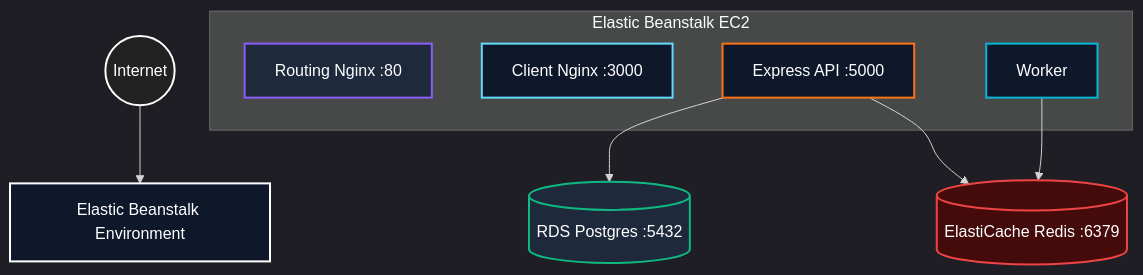
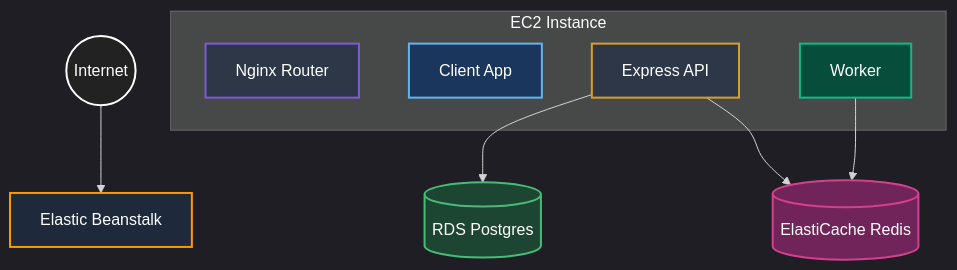
One commit to vikas9dev/multi-container-compute-hub changed the second of 3 diagrams in ARCHITECTURE.md. Above: the diagram before and after it, drawn with Mermaid. The commit also changed other lines of this file and 1 other file, not shown here.

````diff
--- a/ARCHITECTURE.md
+++ b/ARCHITECTURE.md
@@ -65,25 +49,23 @@
 ```mermaid
-%%{init: {'theme': 'dark'}}%%
+%%{init: {'theme': 'dark', 'themeVariables': { 'primaryColor': '#FF9900'}}}%%
 graph TD
-    Internet((Internet)) --> EB[Elastic Beanstalk Environment]
-
-    subgraph EB_EC2[Elastic Beanstalk EC2]
-      RN[Routing Nginx :80]
-      CN[Client Nginx :3000]
-      API[Express API :5000]
-      W[Worker]
+    Internet((Internet)) --> EB[Elastic Beanstalk]
+    subgraph EC2[EC2 Instance]
+      RN[Nginx Router]
+      CN[Client App]
+      SRV[Express API]
+      WRK[Worker]
     end
-
-    API --> RDS[(RDS Postgres :5432)]
-    API --> EC[(ElastiCache Redis :6379)]
-    W --> EC
+    SRV --> RDS[(RDS Postgres)]
+    SRV --> EC[(ElastiCache Redis)]
+    WRK --> EC
 
     style Internet fill:#222,stroke:#fff,stroke-width:2px,color:#fff
-    style EB fill:#0f172a,stroke:#fff,stroke-width:2px,color:#fff
-    style RN fill:#1e293b,stroke:#8b5cf6,stroke-width:2px,color:#fff
-    style CN fill:#0f172a,stroke:#61dafb,stroke-width:2px,color:#fff
-    style API fill:#0f172a,stroke:#f97316,stroke-width:2px,color:#fff
-    style W fill:#0f172a,stroke:#06b6d4,stroke-width:2px,color:#fff
-    style RDS fill:#1e293b,stroke:#10b981,stroke-width:2px,color:#fff
-    style EC fill:#450a0a,stroke:#ef4444,stroke-width:2px,color:#fff
+    style EB fill:#1e293b,stroke:#FF9900,stroke-width:2px,color:#fff
+    style RN fill:#2d3748,stroke:#805ad5,stroke-width:2px,color:#fff
+    style CN fill:#1a365d,stroke:#63b3ed,stroke-width:2px,color:#fff
+    style SRV fill:#2d3748,stroke:#d69e2e,stroke-width:2px,color:#fff
+    style WRK fill:#064e3b,stroke:#10b981,stroke-width:2px,color:#fff
+    style RDS fill:#1c4532,stroke:#48bb78,stroke-width:2px,color:#fff
+    style EC fill:#702459,stroke:#d53f8c,stroke-width:2px,color:#fff
 ```
````
